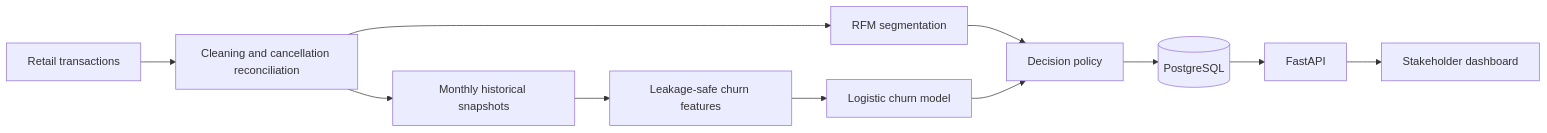
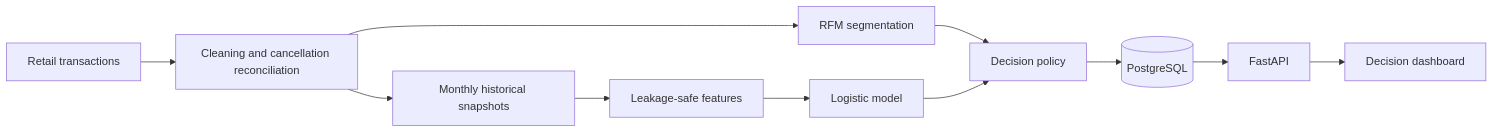
One commit to danyyen/customer_intelligence_system changed the first of 2 diagrams in README.md. Above: the diagram before and after it, drawn with Mermaid. The commit also changed other lines of this file, not shown here.

Commit message:
Correct model metric and tighten public project narrative

````diff
--- a/README.md
+++ b/README.md
@@ -86,13 +51,13 @@
 ```mermaid
 flowchart LR
     A[Retail transactions] --> B[Cleaning and cancellation reconciliation]
     B --> C[RFM segmentation]
     B --> D[Monthly historical snapshots]
-    D --> E[Leakage-safe churn features]
-    E --> F[Logistic churn model]
+    D --> E[Leakage-safe features]
+    E --> F[Logistic model]
     C --> G[Decision policy]
     F --> G
     G --> H[(PostgreSQL)]
     H --> I[FastAPI]
-    I --> J[Stakeholder dashboard]
+    I --> J[Decision dashboard]
 ```
````
